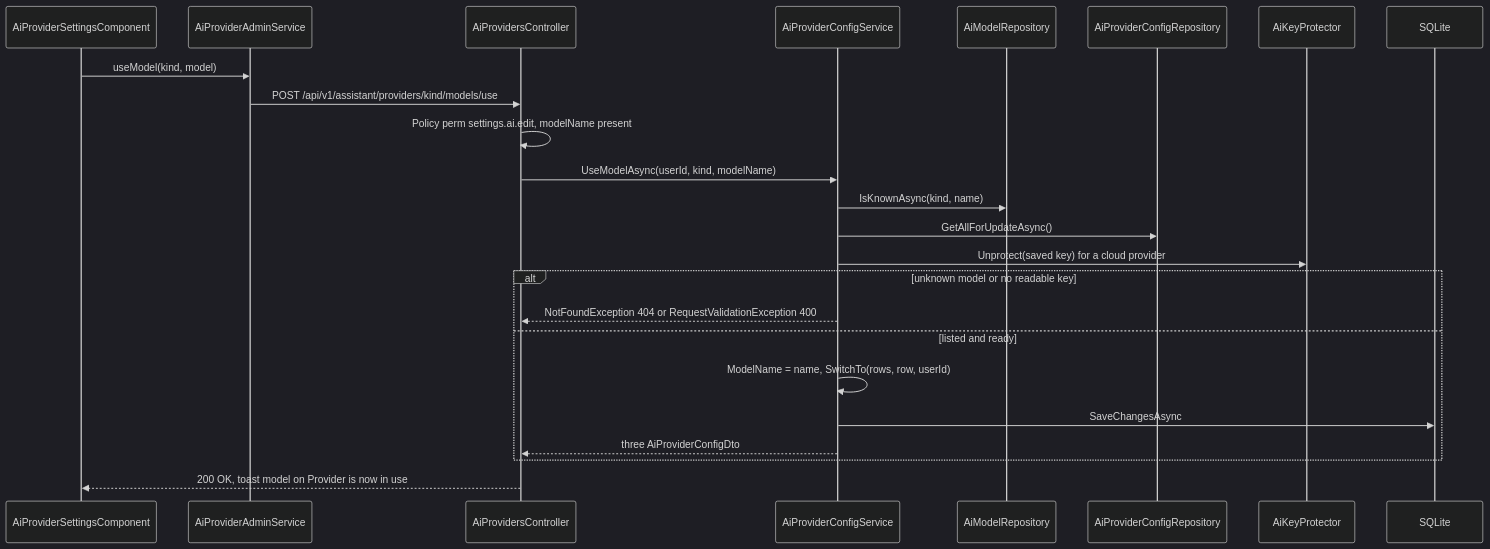
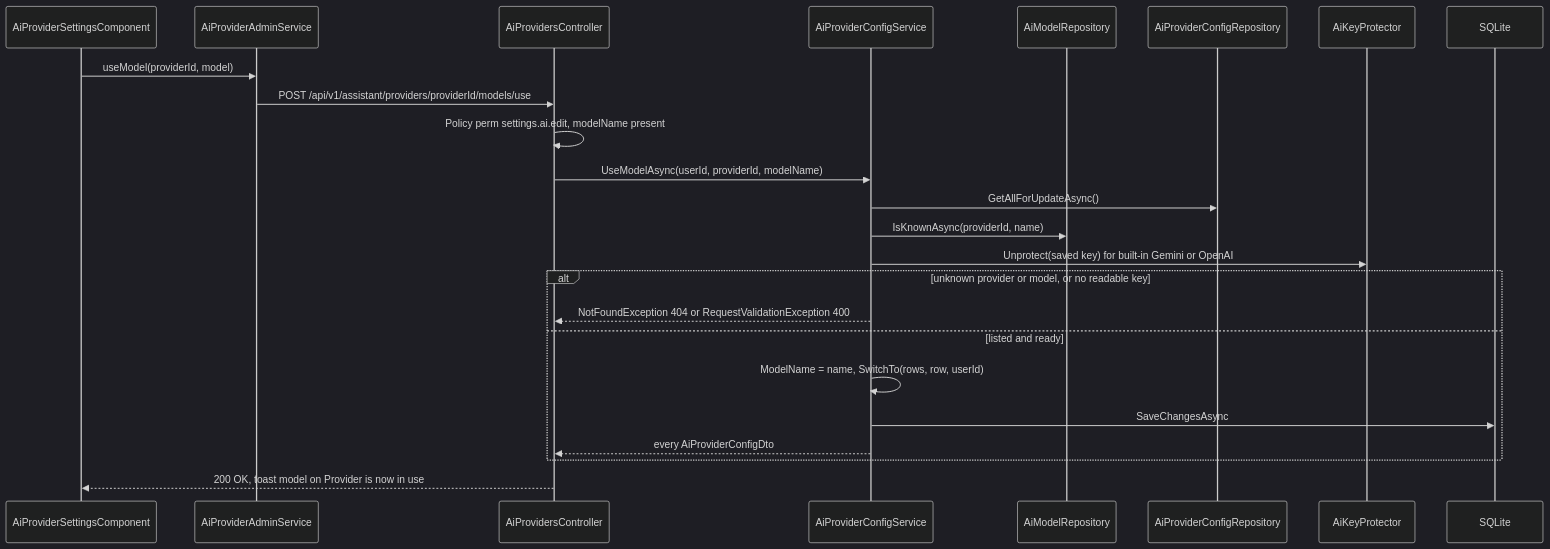
The third of 6 diagrams in TF - Documents/TF - LLD/06-Settings/06.3-TFA-Settings/LLD-TFA-Settings.md (jojogeorge3344/TaskFlow-Project), drawn with Mermaid (dark theme) before and after one commit. The commit also changed other lines of this file and 8 other files, not shown here.

First line of the commit message:
docs(tfa): document custom AI providers in the TFA Settings and Assistant docs

````diff
--- a/TF - Documents/TF - LLD/06-Settings/06.3-TFA-Settings/LLD-TFA-Settings.md
+++ b/TF - Documents/TF - LLD/06-Settings/06.3-TFA-Settings/LLD-TFA-Settings.md
@@ -534,26 +664,26 @@
 ```mermaid
 sequenceDiagram
   participant UI as AiProviderSettingsComponent
   participant AS as AiProviderAdminService
   participant C as AiProvidersController
   participant S as AiProviderConfigService
   participant MR as AiModelRepository
   participant CR as AiProviderConfigRepository
   participant K as AiKeyProtector
   participant DB as SQLite
-  UI->>AS: useModel(kind, model)
-  AS->>C: POST /api/v1/assistant/providers/kind/models/use
+  UI->>AS: useModel(providerId, model)
+  AS->>C: POST /api/v1/assistant/providers/providerId/models/use
   C->>C: Policy perm settings.ai.edit, modelName present
-  C->>S: UseModelAsync(userId, kind, modelName)
-  S->>MR: IsKnownAsync(kind, name)
+  C->>S: UseModelAsync(userId, providerId, modelName)
   S->>CR: GetAllForUpdateAsync()
-  S->>K: Unprotect(saved key) for a cloud provider
-  alt unknown model or no readable key
+  S->>MR: IsKnownAsync(providerId, name)
+  S->>K: Unprotect(saved key) for built-in Gemini or OpenAI
+  alt unknown provider or model, or no readable key
     S-->>C: NotFoundException 404 or RequestValidationException 400
   else listed and ready
     S->>S: ModelName = name, SwitchTo(rows, row, userId)
     S->>DB: SaveChangesAsync
-    S-->>C: three AiProviderConfigDto
+    S-->>C: every AiProviderConfigDto
   end
   C-->>UI: 200 OK, toast model on Provider is now in use
 ```
````
